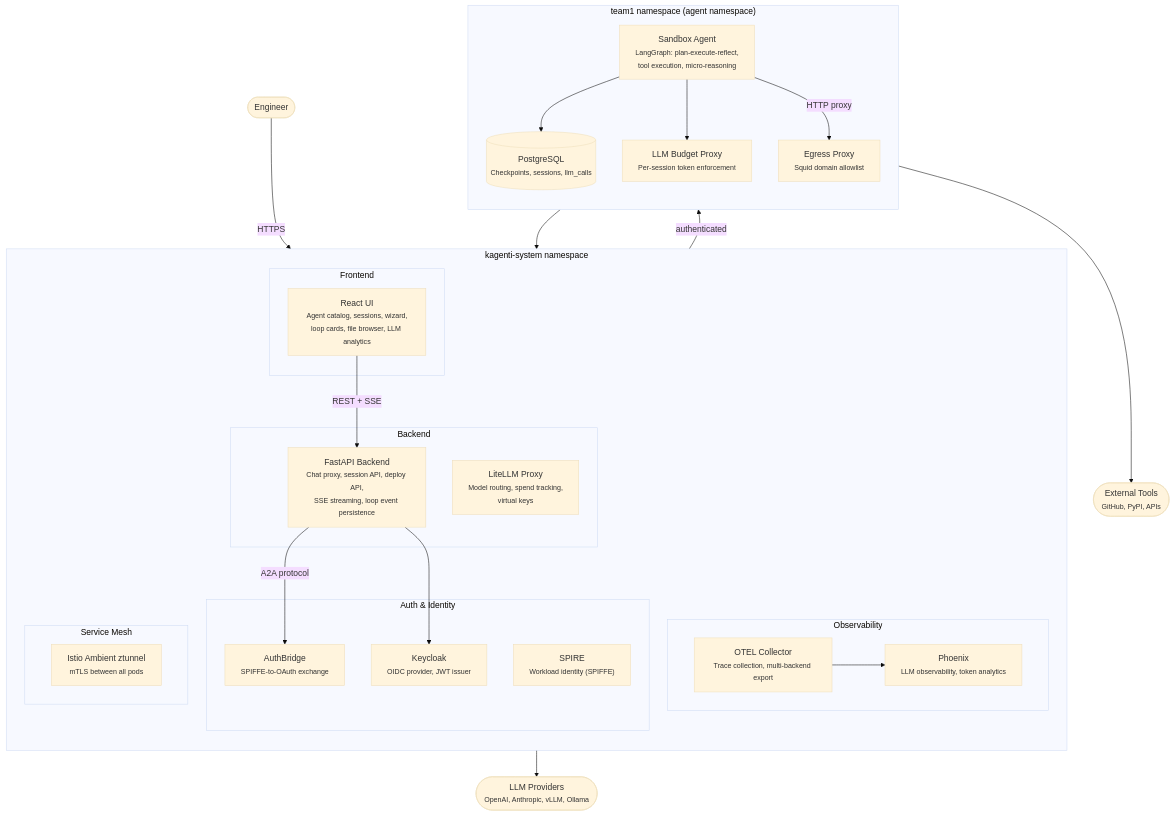
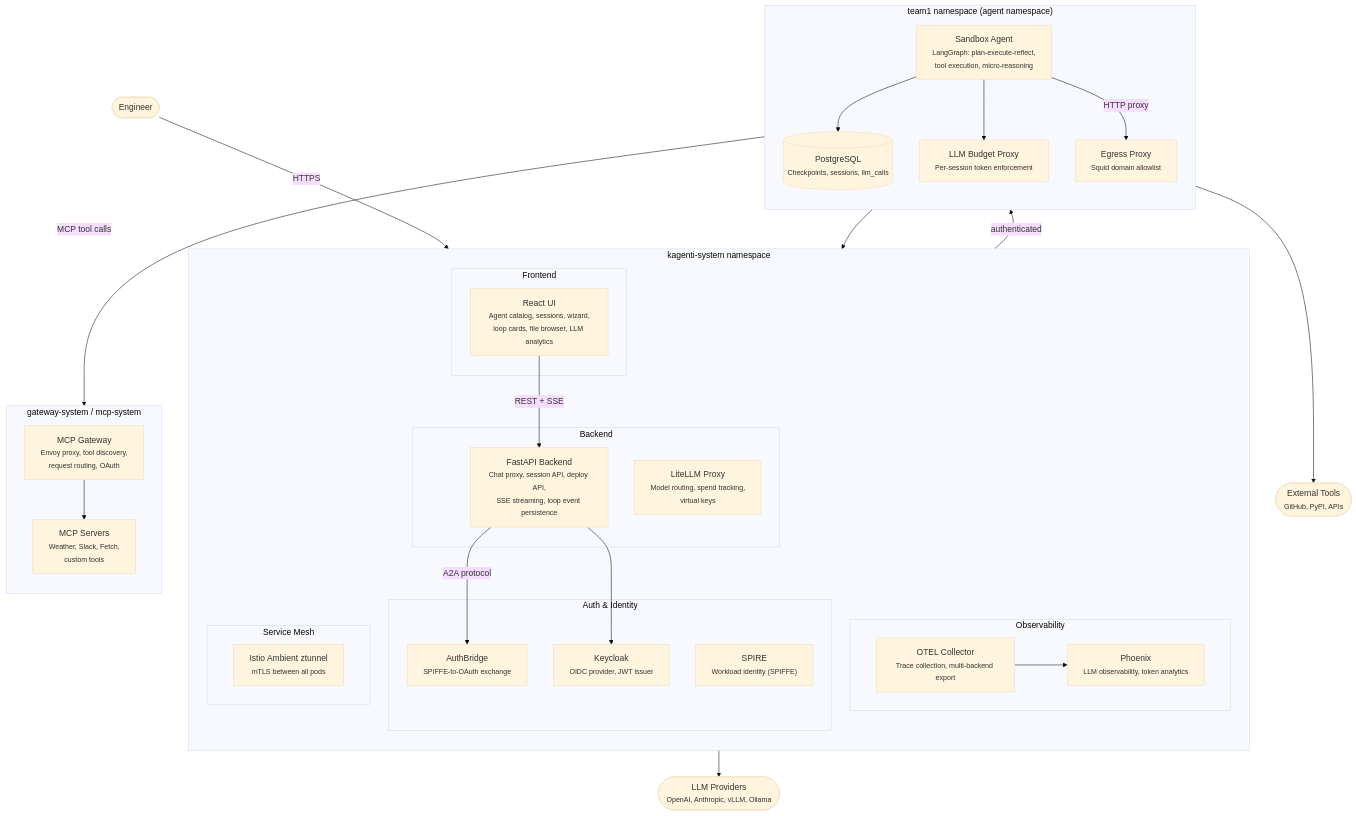
Before and after one commit to kagenti/kagenti: the first of 5 diagrams in docs/plans/2026-03-12-sandbox-platform-design-v2.md, drawn with Mermaid (base theme). The commit also changed other lines of this file and 1 other file, not shown here.

Commit message:
docs: add MCP gateway to architecture + Zeta session passover
- Add MCP Gateway (gateway-system) to architecture diagram
- Agent connects to MCP gateway for tool discovery and calls
- Add MCP Gateway to component status and architectural decisions
- New Zeta session: MCP gateway CI integration with weather tool
  E2E tests for Kind and HyperShift pipelines

````diff
--- a/docs/plans/2026-03-12-sandbox-platform-design-v2.md
+++ b/docs/plans/2026-03-12-sandbox-platform-design-v2.md
@@ -33,56 +33,64 @@
 ```mermaid
 flowchart TB
     engineer(["Engineer"])
 
     subgraph platform["kagenti-system namespace"]
         direction TB
 
         subgraph frontend["Frontend"]
             ui["React UI<br/><small>Agent catalog, sessions, wizard,<br/>loop cards, file browser, LLM analytics</small>"]
         end
 
         subgraph backend_group["Backend"]
             backend["FastAPI Backend<br/><small>Chat proxy, session API, deploy API,<br/>SSE streaming, loop event persistence</small>"]
             litellm["LiteLLM Proxy<br/><small>Model routing, spend tracking,<br/>virtual keys</small>"]
         end
 
         subgraph auth["Auth & Identity"]
             keycloak["Keycloak<br/><small>OIDC provider, JWT issuer</small>"]
             authbridge["AuthBridge<br/><small>SPIFFE-to-OAuth exchange</small>"]
             spire["SPIRE<br/><small>Workload identity (SPIFFE)</small>"]
         end
 
         subgraph observability["Observability"]
             otel["OTEL Collector<br/><small>Trace collection, multi-backend export</small>"]
             phoenix["Phoenix<br/><small>LLM observability, token analytics</small>"]
         end
 
         subgraph mesh["Service Mesh"]
             istio["Istio Ambient ztunnel<br/><small>mTLS between all pods</small>"]
         end
     end
 
+    subgraph gateway["gateway-system / mcp-system"]
+        direction TB
+        mcpgw["MCP Gateway<br/><small>Envoy proxy, tool discovery,<br/>request routing, OAuth</small>"]
+        mcptools["MCP Servers<br/><small>Weather, Slack, Fetch,<br/>custom tools</small>"]
+    end
+
     subgraph team1["team1 namespace (agent namespace)"]
         direction TB
         agent["Sandbox Agent<br/><small>LangGraph: plan-execute-reflect,<br/>tool execution, micro-reasoning</small>"]
         postgres[("PostgreSQL<br/><small>Checkpoints, sessions, llm_calls</small>")]
         egress["Egress Proxy<br/><small>Squid domain allowlist</small>"]
         budgetproxy["LLM Budget Proxy<br/><small>Per-session token enforcement</small>"]
     end
 
     llm(["LLM Providers<br/><small>OpenAI, Anthropic, vLLM, Ollama</small>"])
     tools(["External Tools<br/><small>GitHub, PyPI, APIs</small>"])
 
     engineer -->|"HTTPS"| ui
     ui -->|"REST + SSE"| backend
     backend -->|"A2A protocol"| authbridge
     authbridge -->|"authenticated"| agent
     agent --> postgres
     agent --> budgetproxy
     budgetproxy --> litellm
+    agent -->|"MCP tool calls"| mcpgw
+    mcpgw --> mcptools
     agent -->|"HTTP proxy"| egress
     egress --> tools
     litellm --> llm
     backend --> keycloak
     otel --> phoenix
 ```
````
